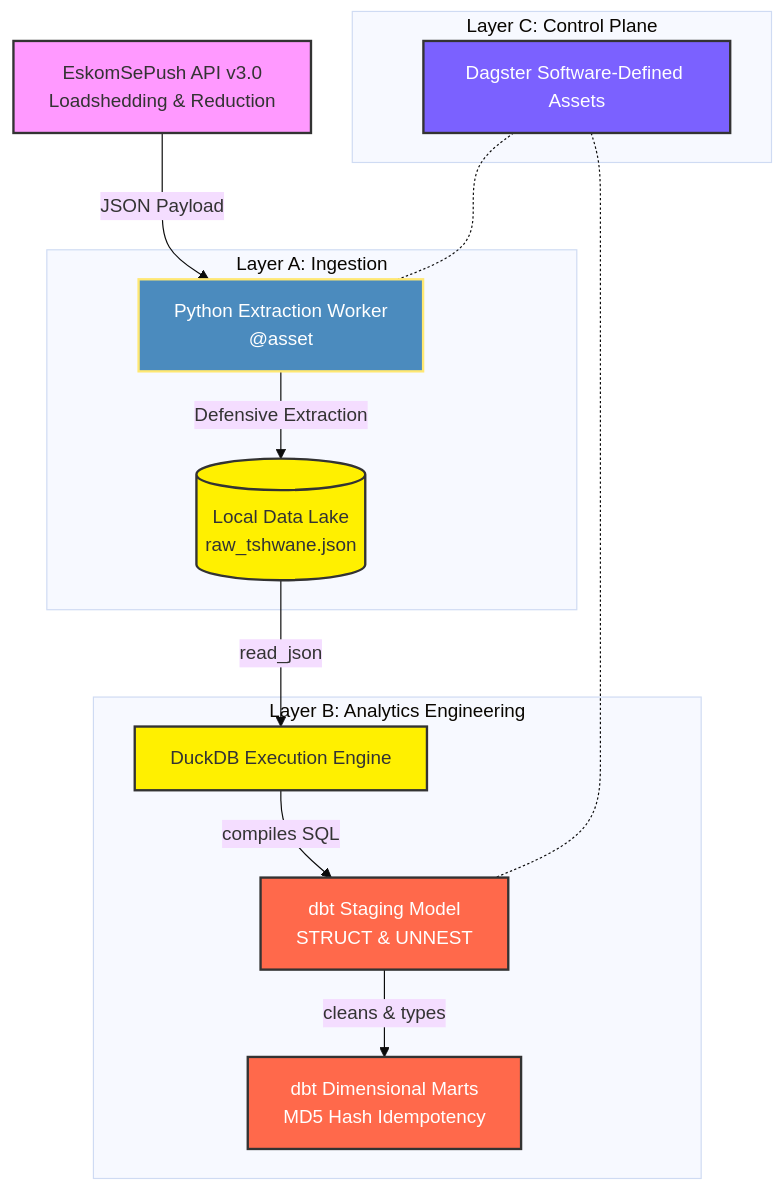
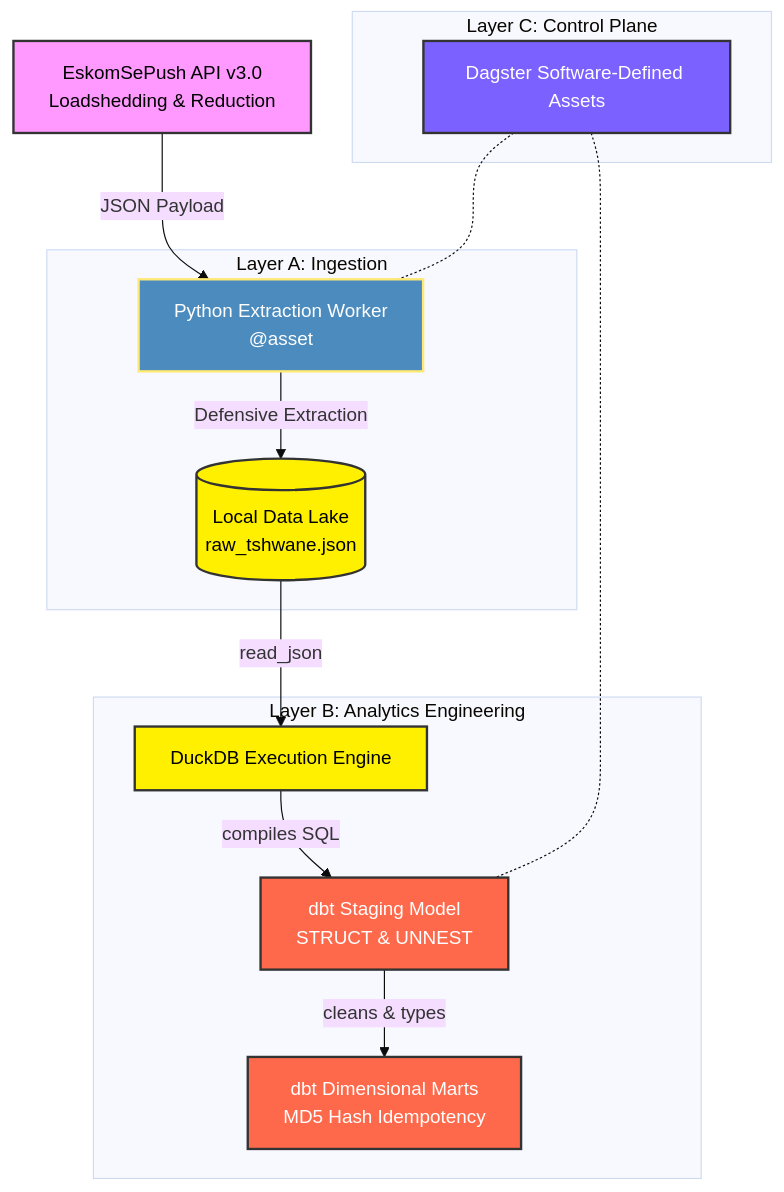
One commit to Furnx/eskom-grid-observability changed the diagram in README.md. Above: the diagram before and after it, drawn with Mermaid (base theme).

Commit message:
Update Mermaid diagram styles in README.md for improved visibility

````diff
--- a/README.md
+++ b/README.md
@@ -17,39 +17,39 @@
 ```mermaid
 graph TD
     %% Define Styles
-    classDef api fill:#f9f,stroke:#333,stroke-width:2px;
+    classDef api fill:#f9f,stroke:#333,stroke-width:2px,color:#000;
     classDef python fill:#4B8BBE,stroke:#FFE873,stroke-width:2px,color:#fff;
-    classDef duckdb fill:#FFF000,stroke:#333,stroke-width:2px;
+    classDef duckdb fill:#FFF000,stroke:#333,stroke-width:2px,color:#000;
     classDef dbt fill:#FF694B,stroke:#333,stroke-width:2px,color:#fff;
     classDef dagster fill:#7b61ff,stroke:#333,stroke-width:2px,color:#fff;
 
     %% Nodes
     A[EskomSePush API v3.0<br/>Loadshedding & Reduction]:::api
     
     subgraph Layer A: Ingestion
         B[Python Extraction Worker<br/>@asset]:::python
         C[(Local Data Lake<br/>raw_tshwane.json)]:::duckdb
     end
 
     subgraph Layer B: Analytics Engineering
         D[DuckDB Execution Engine]:::duckdb
         E[dbt Staging Model<br/>STRUCT & UNNEST]:::dbt
         F[dbt Dimensional Marts<br/>MD5 Hash Idempotency]:::dbt
     end
 
     %% DAGSTER Control Plane Box
     subgraph Layer C: Control Plane
         Z[Dagster Software-Defined Assets]:::dagster
     end
 
     %% Edges
     A -->|JSON Payload| B
     B -->|Defensive Extraction| C
     C -->|read_json| D
     D -->|compiles SQL| E
     E -->|cleans & types| F
     
     %% Invisible links to force Dagster wrapping visually
     Z -.- B
     Z -.- E
 ```
````
